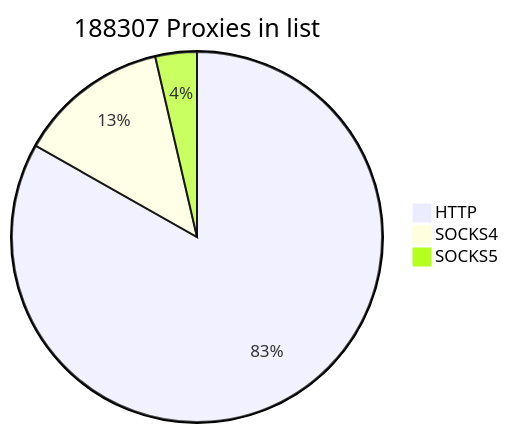
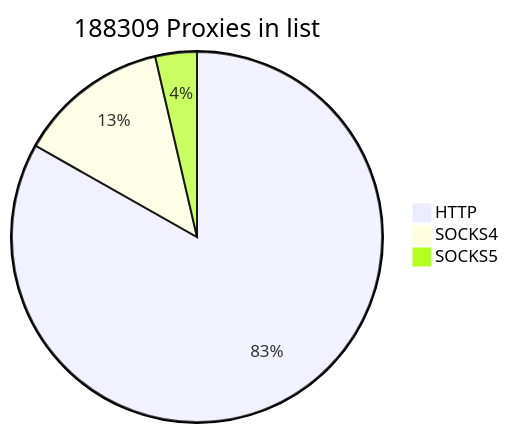
One commit to cutipu/proxylist changed the first of 2 diagrams in README.md. Above: the diagram before and after it, drawn with Mermaid. The commit also changed other lines of this file, not shown here.

````diff
--- a/README.md
+++ b/README.md
@@ -2,7 +2,7 @@
 ```mermaid
-pie title 188307 Proxies in list
+pie title 188309 Proxies in list
     "HTTP" : 156655
-    "SOCKS4" : 24824
+    "SOCKS4" : 24826
     "SOCKS5" : 6828
             
 ```
````
